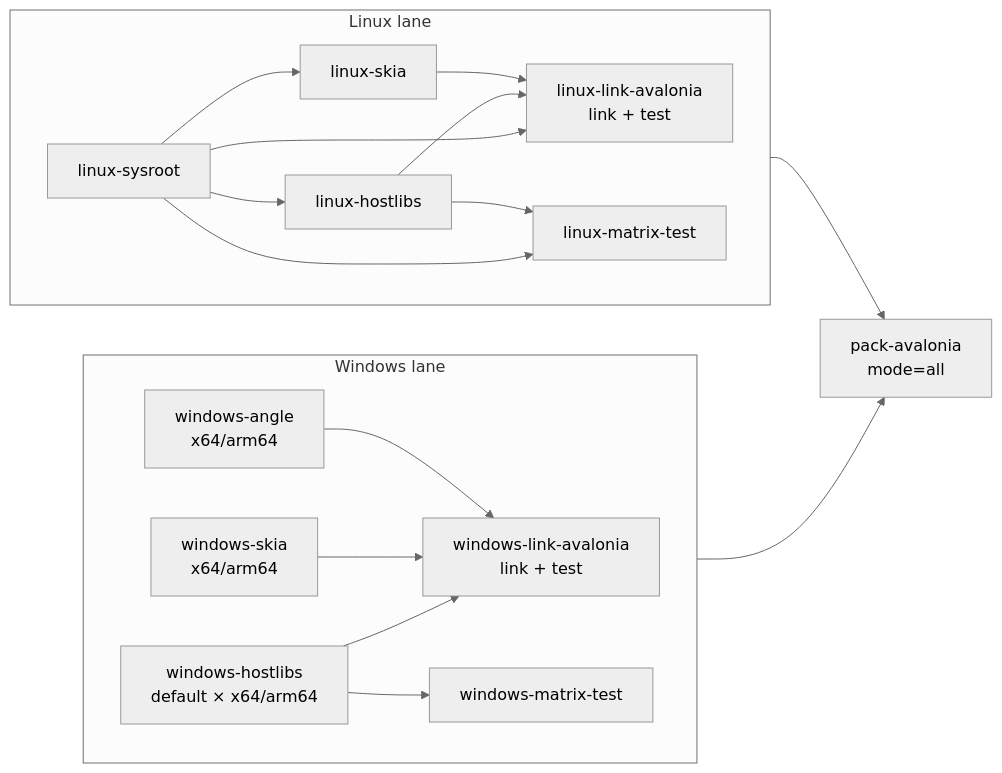
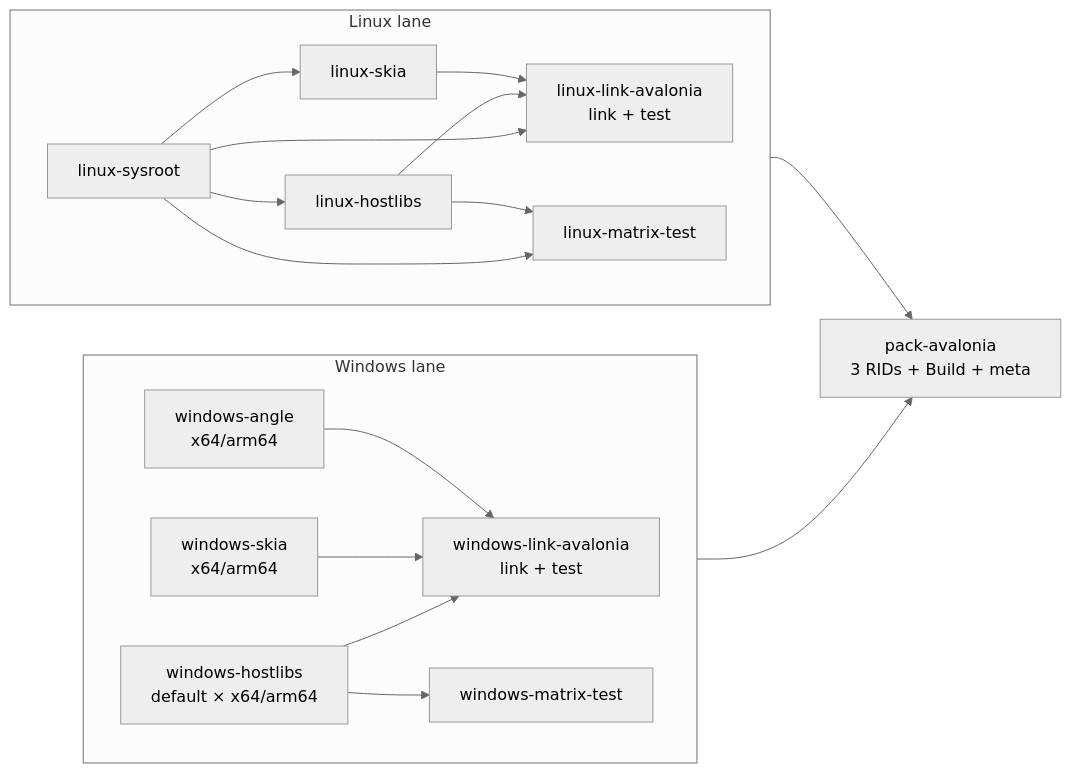
Before and after one commit to chsbuffer/HostForge: the diagram in DEVELOPMENT.md, drawn with Mermaid (neutral theme). The commit also changed other lines of this file and 58 other files, not shown here.

````diff
--- a/DEVELOPMENT.md
+++ b/DEVELOPMENT.md
@@ -250,38 +214,38 @@
 ```mermaid
 flowchart LR
     subgraph W["Windows lane"]
         direction LR
         WH["windows-hostlibs<br/>default × x64/arm64"]
         WS["windows-skia<br/>x64/arm64"]
         WA["windows-angle<br/>x64/arm64"]
         WLA["windows-link-avalonia<br/>link + test"]
         WM["windows-matrix-test"]
 
         WH --> WLA
         WS --> WLA
         WA --> WLA
         WH --> WM
     end
 
     subgraph L["Linux lane"]
         direction LR
         LSY["linux-sysroot"]
         LH["linux-hostlibs"]
         LS["linux-skia"]
         LLA["linux-link-avalonia<br/>link + test"]
         LM["linux-matrix-test"]
 
         LSY --> LH
         LSY --> LS
         LSY --> LLA
         LSY --> LM
         LH --> LLA
         LS --> LLA
         LH --> LM
     end
 
-    PA["pack-avalonia<br/>mode=all"]
+    PA["pack-avalonia<br/>3 RIDs + Build + meta"]
 
     WLA --> PA
     LLA --> PA
 ```
````
